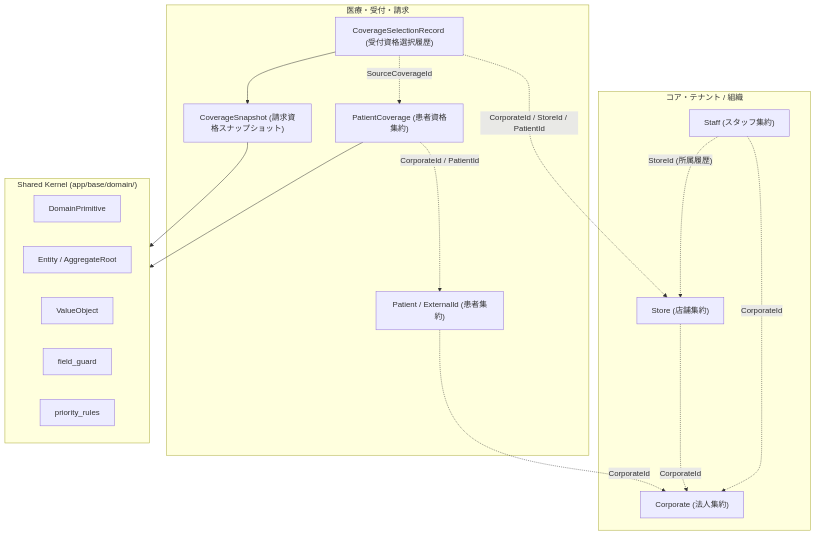
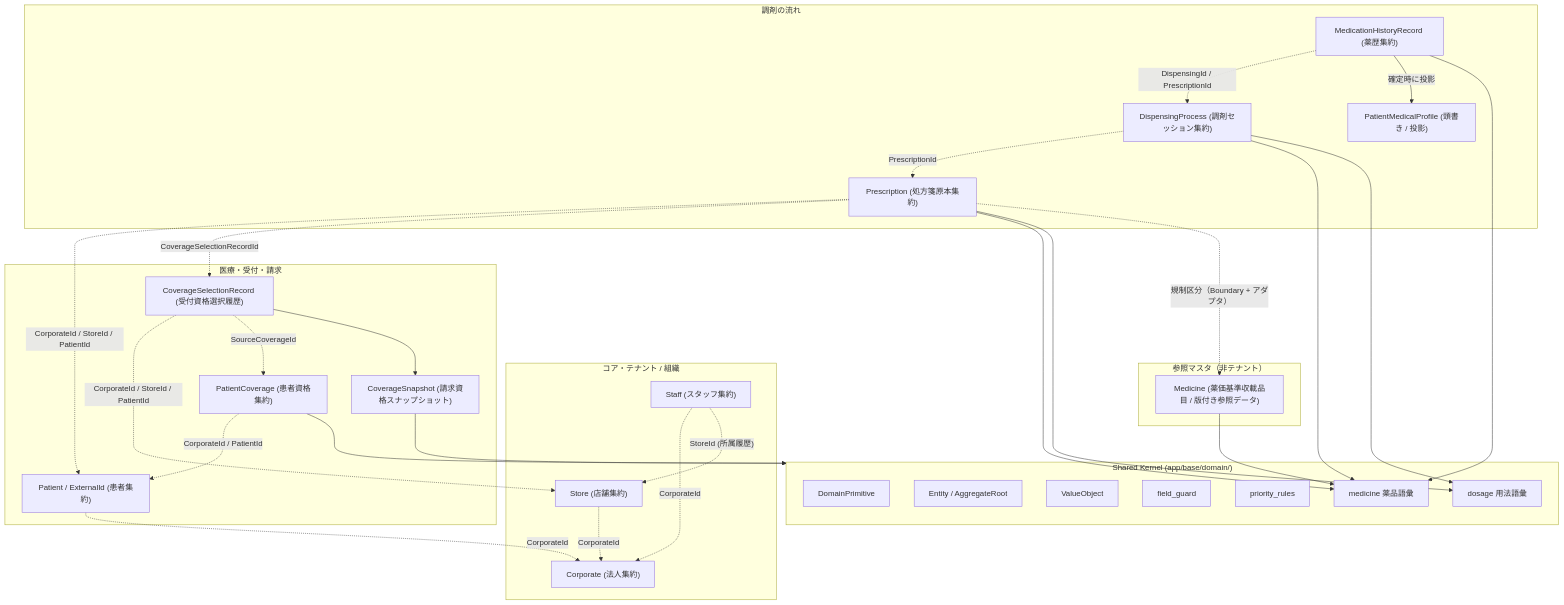
Before and after one commit to SatohaCC/PharmacyDomain: the first of 8 diagrams in okf/ddd/domain.md, drawn with Mermaid. The commit also changed other lines of this file and 133 other files, not shown here.

````diff
--- a/okf/ddd/domain.md
+++ b/okf/ddd/domain.md
@@ -23,34 +23,60 @@
 ```mermaid
 flowchart TD
     subgraph SharedKernel["Shared Kernel (app/base/domain/)"]
         DP[DomainPrimitive]
         E[Entity / AggregateRoot]
         VO[ValueObject]
         FG[field_guard]
         PR[priority_rules]
+        MED[medicine 薬品語彙]
+        DOS[dosage 用法語彙]
     end
 
     subgraph CoreContexts["コア・テナント / 組織"]
         Corporate["Corporate (法人集約)"]
         Store["Store (店舗集約)"]
         Staff["Staff (スタッフ集約)"]
     end
 
     subgraph MedicalContexts["医療・受付・請求"]
         Patient["Patient / ExternalId (患者集約)"]
         Coverage["PatientCoverage (患者資格集約)"]
         Reception["CoverageSelectionRecord (受付資格選択履歴)"]
         Claim["CoverageSnapshot (請求資格スナップショット)"]
     end
 
+    subgraph ReferenceData["参照マスタ（非テナント）"]
+        Medicine["Medicine (薬価基準収載品目 / 版付き参照データ)"]
+    end
+
+    subgraph PharmacyFlow["調剤の流れ"]
+        Prescription["Prescription (処方箋原本集約)"]
+        Dispensing["DispensingProcess (調剤セッション集約)"]
+        MedHistory["MedicationHistoryRecord (薬歴集約)"]
+        Profile["PatientMedicalProfile (頭書き / 投影)"]
+    end
+
     Store -. CorporateId .-> Corporate
     Staff -. CorporateId .-> Corporate
     Staff -. StoreId (所属履歴) .-> Store
     Patient -. CorporateId .-> Corporate
     Coverage -. CorporateId / PatientId .-> Patient
     Reception -. CorporateId / StoreId / PatientId .-> Store
     Reception -. SourceCoverageId .-> Coverage
     Reception --> Claim
     Coverage --> SharedKernel
     Claim --> SharedKernel
+
+    Prescription -. CorporateId / StoreId / PatientId .-> Patient
+    Prescription -. CoverageSelectionRecordId .-> Reception
+    Dispensing -. PrescriptionId .-> Prescription
+    MedHistory -. DispensingId / PrescriptionId .-> Dispensing
+    MedHistory -- "確定時に投影" --> Profile
+    Prescription --> MED
+    Dispensing --> MED
+    MedHistory --> MED
+    Prescription --> DOS
+    Dispensing --> DOS
+    Prescription -. "規制区分（Boundary + アダプタ）" .-> Medicine
+    Medicine --> MED
 ```
````
